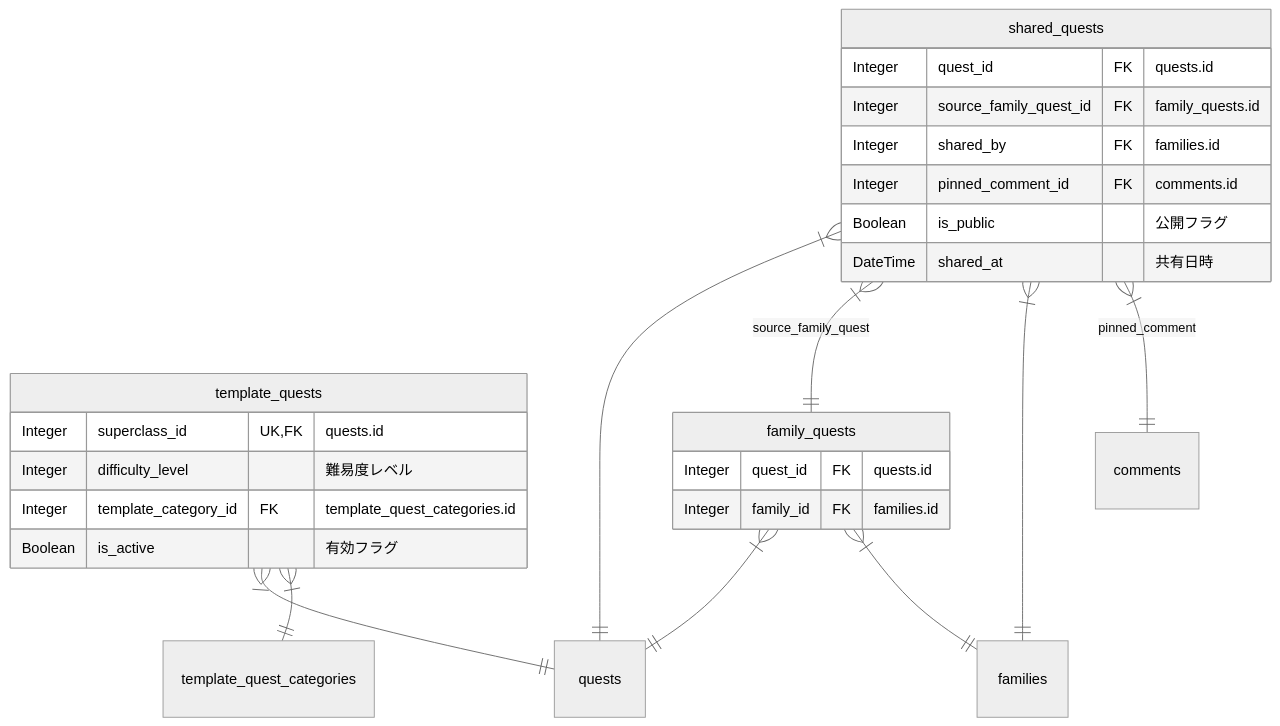
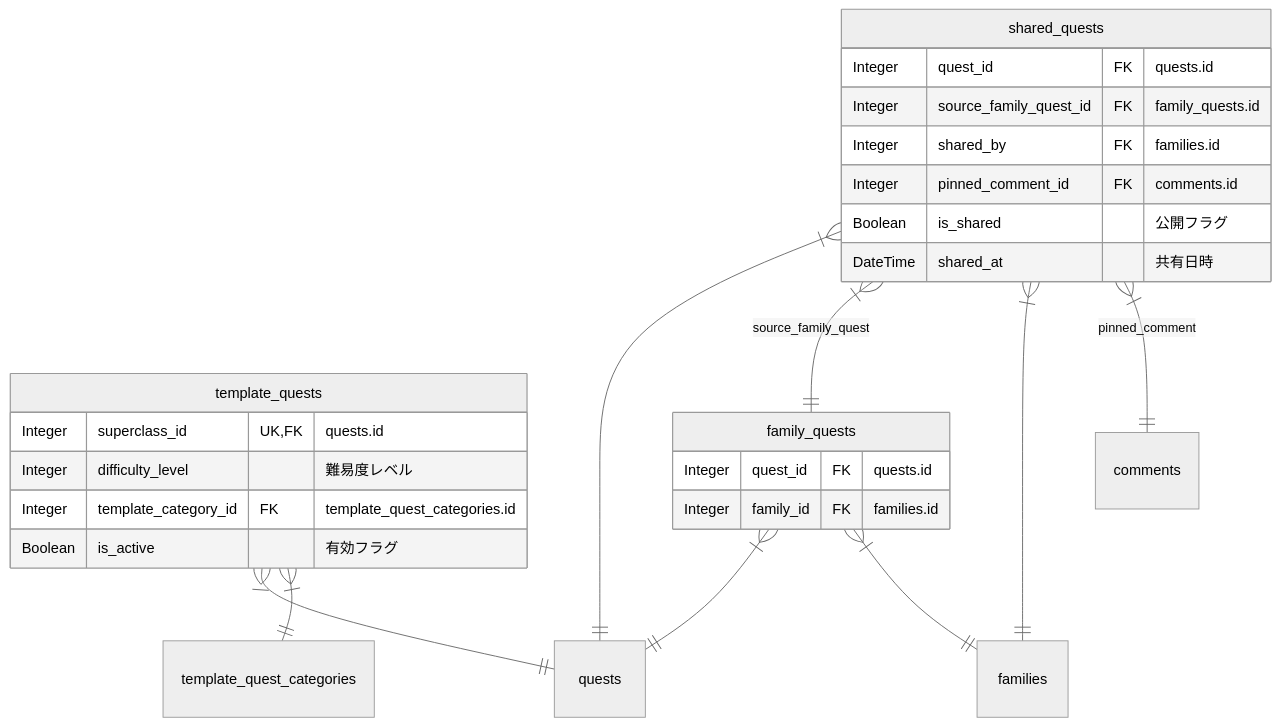
Diagram 12 of 17 in apps/api/docs/ja/uml/erd.md (shuhei1101/allowance-questboard), drawn with Mermaid (neutral theme) before and after one commit. The commit also changed 1 other file, not shown here.

Commit message:
Update shared_quests entity: rename is_public to is_shared
- Change field name from is_public to is_shared in SharedQuestsEntity
- Update ERD documentation to reflect the field name change
- Keep Japanese comment "公開フラグ" as requested

````diff
--- a/apps/api/docs/ja/uml/erd.md
+++ b/apps/api/docs/ja/uml/erd.md
@@ -446,34 +446,34 @@
 ```mermaid
 %% quest/templates
 erDiagram
     template_quests {
         Integer superclass_id UK,FK "quests.id"
         Integer difficulty_level "難易度レベル"
         Integer template_category_id FK "template_quest_categories.id"
         Boolean is_active "有効フラグ"
     }
 
     family_quests {
         Integer quest_id FK "quests.id"
         Integer family_id FK "families.id"
     }
 
     shared_quests {
         Integer quest_id FK "quests.id"
         Integer source_family_quest_id FK "family_quests.id"
         Integer shared_by FK "families.id"
         Integer pinned_comment_id FK "comments.id"
-        Boolean is_public "公開フラグ"
+        Boolean is_shared "公開フラグ"
         DateTime shared_at "共有日時"
     }
 
     %% Relationships
     template_quests }|--|| quests: ""
     template_quests }|--|| template_quest_categories: ""
     family_quests }|--|| quests: ""
     family_quests }|--|| families: ""
     shared_quests }|--|| quests: ""
     shared_quests }|--|| family_quests: "source_family_quest"
     shared_quests }|--|| families: ""
     shared_quests }|--|| comments: "pinned_comment"
 ```
````
